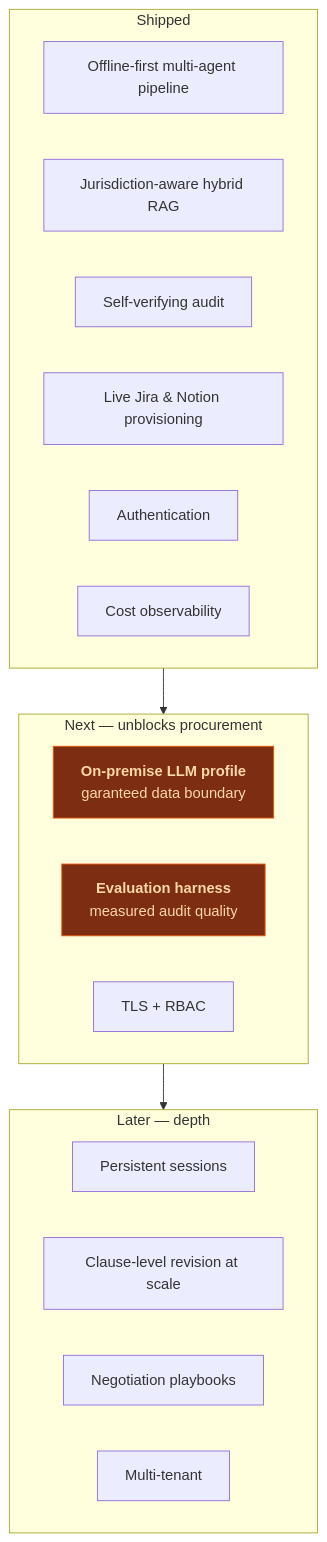
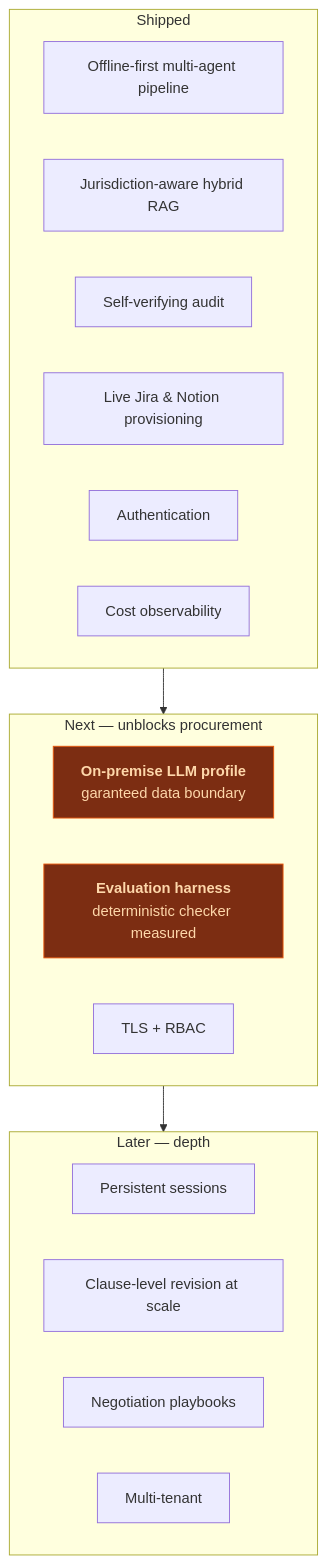
The first of 2 diagrams in docs/wiki/Roadmap.md (SergeyGer/SOWSprint.ai), drawn with Mermaid before and after one commit. The commit also changed other lines of this file and 40 other files, not shown here.

````diff
--- a/docs/wiki/Roadmap.md
+++ b/docs/wiki/Roadmap.md
@@ -5,29 +5,29 @@
 ```mermaid
 flowchart TB
     subgraph now["Shipped"]
         N1["Offline-first multi-agent pipeline"]
         N2["Jurisdiction-aware hybrid RAG"]
         N3["Self-verifying audit"]
         N4["Live Jira &amp; Notion provisioning"]
         N5["Authentication"]
         N6["Cost observability"]
     end
 
     subgraph next["Next — unblocks procurement"]
         P1["<b>On-premise LLM profile</b><br/>garanteed data boundary"]
-        P2["<b>Evaluation harness</b><br/>measured audit quality"]
+        P2["<b>Evaluation harness</b><br/>deterministic checker measured"]
         P3["TLS + RBAC"]
     end
 
     subgraph later["Later — depth"]
         L1["Persistent sessions"]
         L2["Clause-level revision at scale"]
         L3["Negotiation playbooks"]
         L4["Multi-tenant"]
     end
 
     now --> next --> later
 
     style P1 fill:#7c2d12,stroke:#ea580c,color:#fed7aa
     style P2 fill:#7c2d12,stroke:#ea580c,color:#fed7aa
 ```
````
